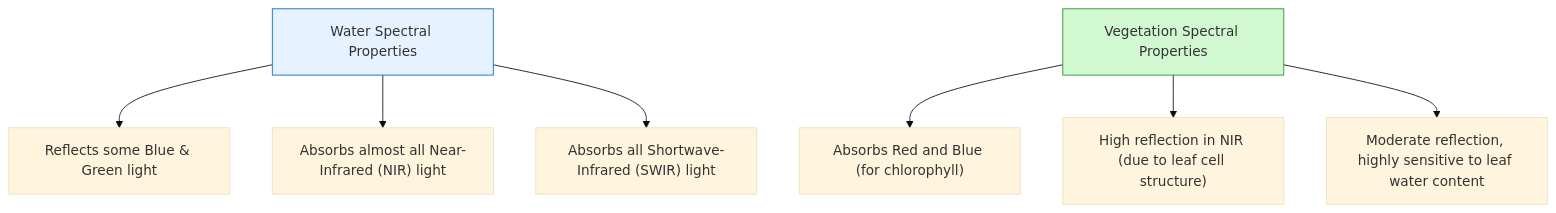
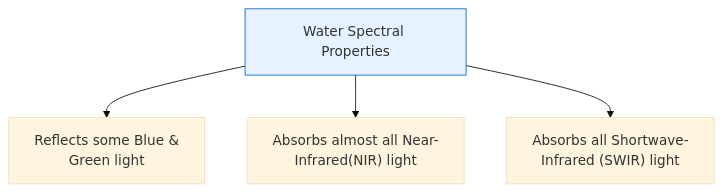
Before and after one commit to Rotten-Grapes-Pvt-Ltd/QGIS-WECS: the second of 2 diagrams in docs/day2/04_bands_composites.md, drawn with Mermaid (base theme). The commit also changed other lines of this file and 48 other files, not shown here.

````diff
--- a/docs/day2/04_bands_composites.md
+++ b/docs/day2/04_bands_composites.md
@@ -48,13 +53,10 @@
 ```mermaid
 graph TD
-    Water["Water Spectral Properties"] --> W_VIS["Reflects some Blue & Green light"]
-    Water --> W_NIR["Absorbs almost all Near-Infrared (NIR) light"]
-    Water --> W_SWIR["Absorbs all Shortwave-Infrared (SWIR) light"]
+    Water["Water Spectral Properties"] --> W_VIS["Reflects some Blue & <br> Green light"]
+    Water --> W_NIR["Absorbs almost all Near- <br>Infrared(NIR) light"]
+    Water --> W_SWIR["Absorbs all Shortwave- <br>Infrared (SWIR) light"]
 
-    Veg["Vegetation Spectral Properties"] --> V_VIS["Absorbs Red and Blue (for chlorophyll)"]
-    Veg --> V_NIR["High reflection in NIR (due to leaf cell structure)"]
-    Veg --> V_SWIR["Moderate reflection, highly sensitive to leaf water content"]
-
+   
     style Water fill:#e6f2ff,stroke:#0066cc
-    style Veg fill:#d2f8d2,stroke:#2b8a2b
+  
 ```
````
